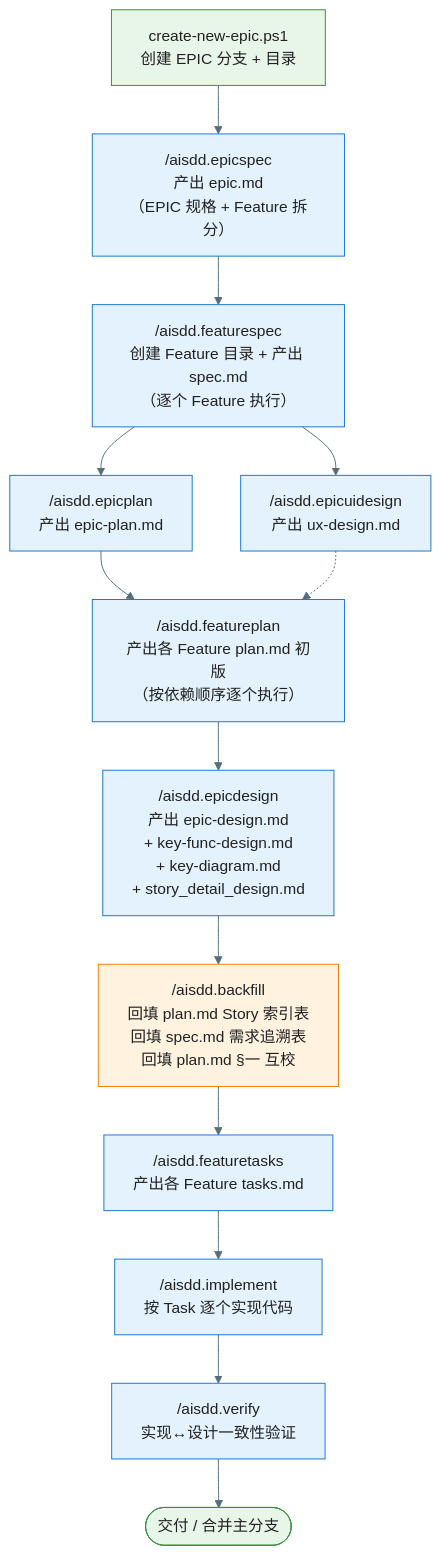
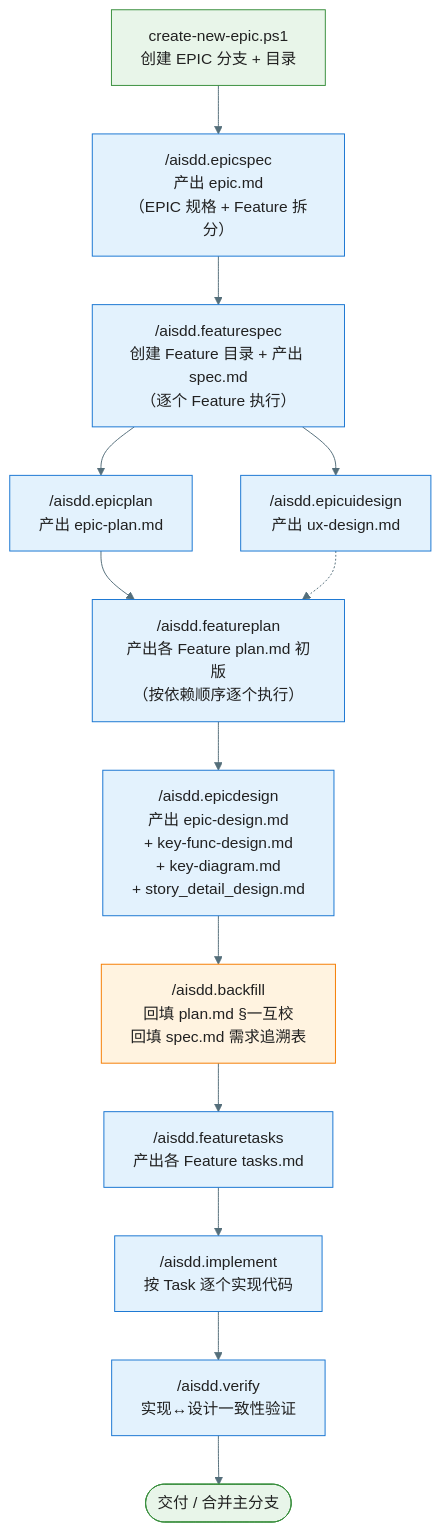
The third of 5 diagrams in .specify/workflow-overview.md (jackykarma/Verity), drawn with Mermaid before and after one commit. The commit also changed other lines of this file and 14 other files, not shown here.

First line of the commit message:
📝 docs(Spec Kit): 调整 EPIC/Feature 拆分与 plan 职责

````diff
--- a/.specify/workflow-overview.md
+++ b/.specify/workflow-overview.md
@@ -148,20 +148,20 @@
 ```mermaid
 %%{init: {'theme': 'base', 'themeVariables': { 'primaryColor': '#E3F2FD', 'primaryTextColor': '#212121', 'primaryBorderColor': '#1976D2', 'lineColor': '#546E7A'}}}%%
 flowchart TD
     Step1["create-new-epic.ps1<br/>创建 EPIC 分支 + 目录"] --> Step2["/aisdd.epicspec<br/>产出 epic.md<br/>（EPIC 规格 + Feature 拆分）"]
     Step2 --> Step3["/aisdd.featurespec<br/>创建 Feature 目录 + 产出 spec.md<br/>（逐个 Feature 执行）"]
     Step3 --> Step4["/aisdd.epicplan<br/>产出 epic-plan.md"]
     Step3 --> Step5["/aisdd.epicuidesign<br/>产出 ux-design.md"]
     Step4 --> Step6["/aisdd.featureplan<br/>产出各 Feature plan.md 初版<br/>（按依赖顺序逐个执行）"]
     Step5 -.-> Step6
     Step6 --> Step7["/aisdd.epicdesign<br/>产出 epic-design.md<br/>+ key-func-design.md<br/>+ key-diagram.md<br/>+ story_detail_design.md"]
-    Step7 --> Step8["/aisdd.backfill<br/>回填 plan.md Story 索引表<br/>回填 spec.md 需求追溯表<br/>回填 plan.md §一 互校"]
+    Step7 --> Step8["/aisdd.backfill<br/>回填 plan.md §一互校<br/>回填 spec.md 需求追溯表"]
     Step8 --> Step9["/aisdd.featuretasks<br/>产出各 Feature tasks.md"]
     Step9 --> Step10["/aisdd.implement<br/>按 Task 逐个实现代码"]
     Step10 --> Step11["/aisdd.verify<br/>实现↔设计一致性验证"]
     Step11 --> Step12([交付 / 合并主分支])
 
     style Step1 fill:#E8F5E9,stroke:#388E3C
     style Step12 fill:#E8F5E9,stroke:#388E3C
     style Step8 fill:#FFF3E0,stroke:#F57C00
 ```
````
